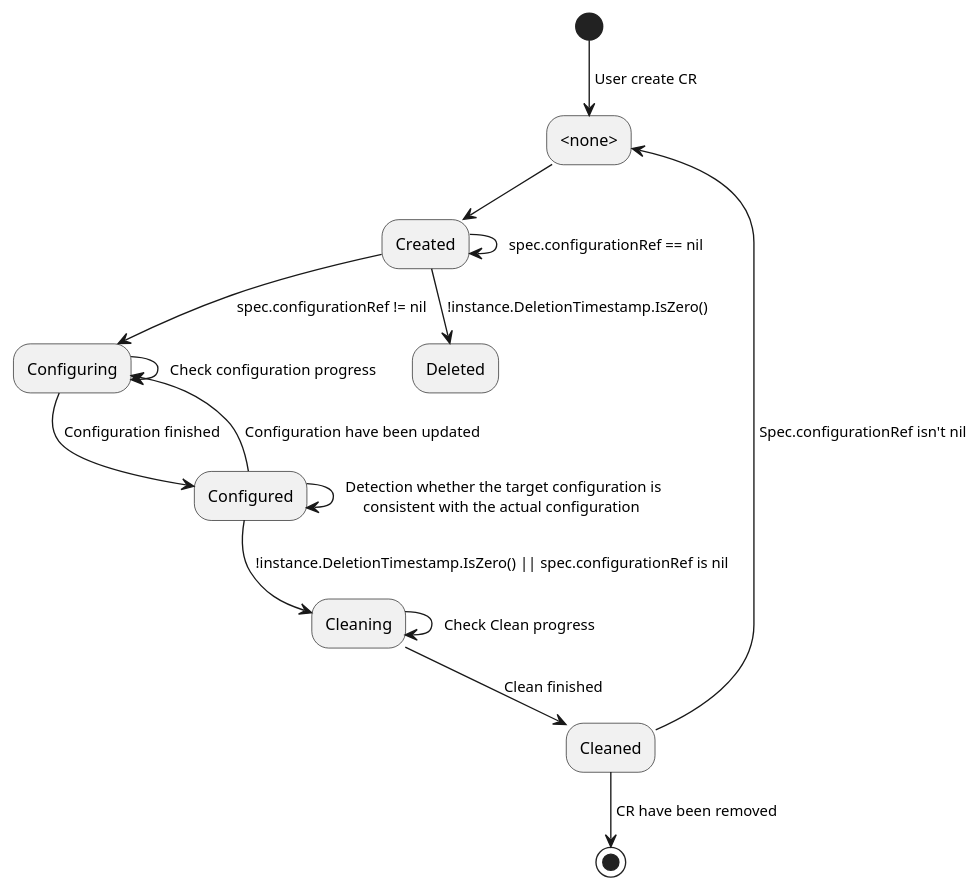
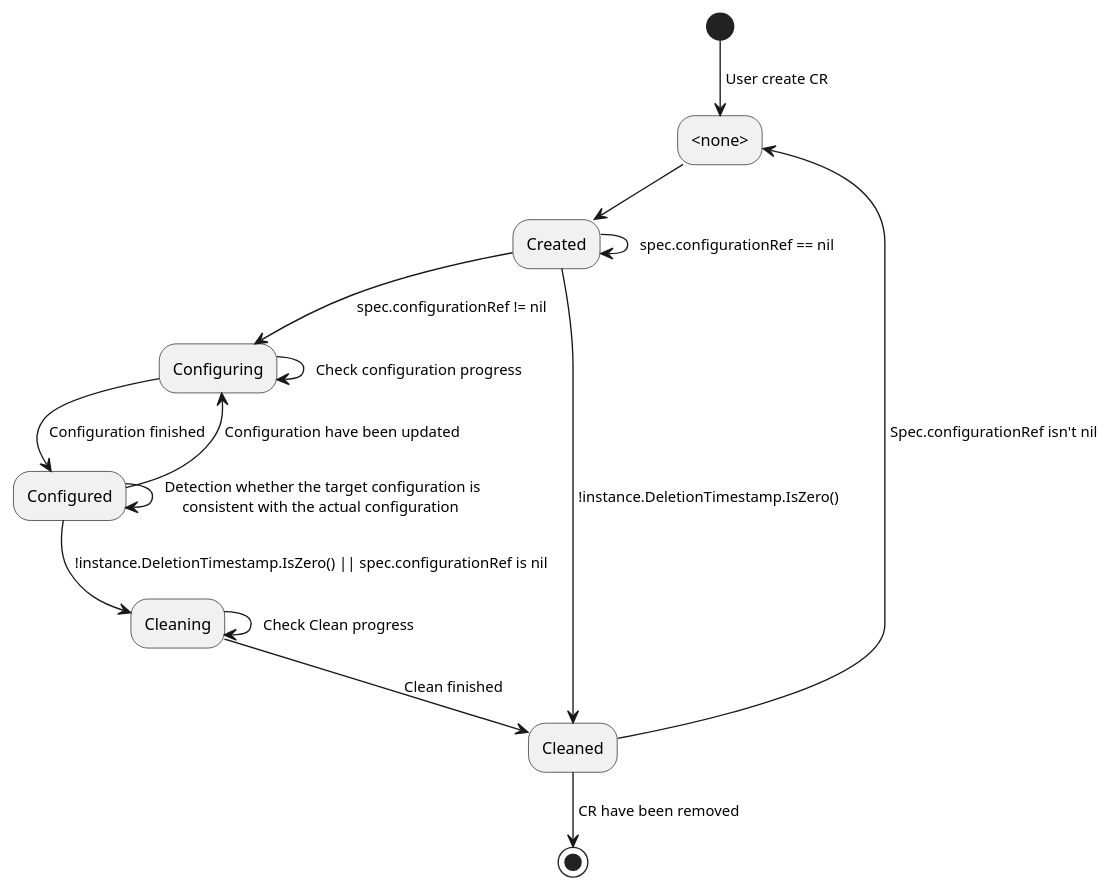
One commit to Hellcatlk/network-operator changed the diagram in docs/state.plantuml. Above: the diagram before and after it, drawn with PlantUML. The commit also changed 1 other file, not shown here.

```diff
--- a/docs/state.plantuml
+++ b/docs/state.plantuml
@@ -1,24 +1,24 @@
 @startuml state
 
 (*) --> [ User create CR ] "<none>"
 
 "<none>" --> "Created"
 
 "Created" --> [ spec.configurationRef != nil ] "Configuring"
-"Created" --> [ !instance.DeletionTimestamp.IsZero() ] "Deleted"
+"Created" --> [ !instance.DeletionTimestamp.IsZero() ] "Cleaned"
 "Created" --> [ spec.configurationRef == nil ] "Created"
 
 "Configuring" --> [ Check configuration progress ] "Configuring"
 "Configuring" --> [ Configuration finished ] "Configured"
 
 "Configured" --> [ Configuration have been updated ] "Configuring"
 "Configured" --> [ Detection whether the target configuration is\n consistent with the actual configuration ] "Configured"
 "Configured" --> [ !instance.DeletionTimestamp.IsZero() || spec.configurationRef is nil ] "Cleaning"
 
 "Cleaning" --> [ Check Clean progress ] "Cleaning"
 "Cleaning" --> [ Clean finished ] "Cleaned"
 
 "Cleaned" --> [ Spec.configurationRef isn't nil ] "<none>"
 "Cleaned" --> [ CR have been removed ] (*)
 
 @enduml
```
